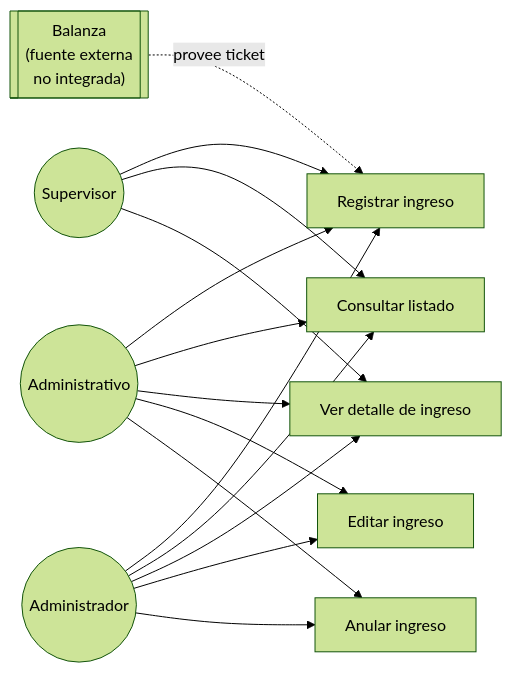
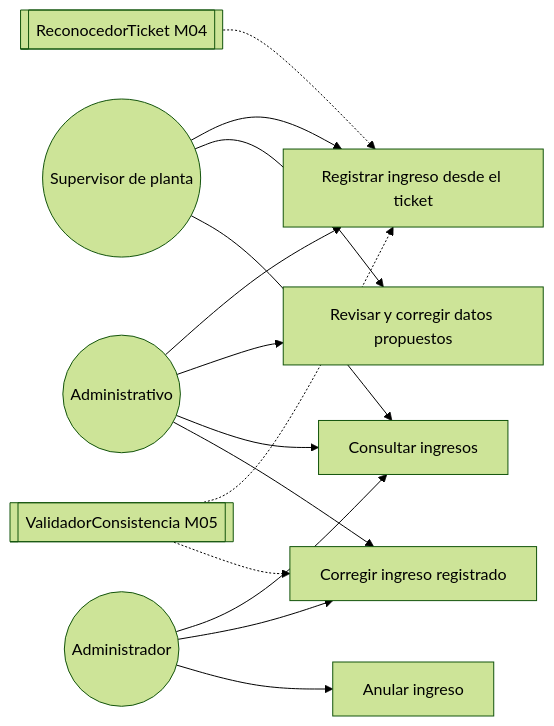
Before and after one commit to adlerOmonte1/LogisticaMinera: the diagram in docs/modulos/M03-ingresos/diagramas/caso_uso.md, drawn with Mermaid (forest theme). The commit also changed other lines of this file and 12 other files, not shown here.

First line of the commit message:
docs(ingresos): Reformulacion de Historias de Usuario, requisitos y diagramas

````diff
--- a/docs/modulos/M03-ingresos/diagramas/caso_uso.md
+++ b/docs/modulos/M03-ingresos/diagramas/caso_uso.md
@@ -3,31 +3,29 @@
 ```mermaid
 flowchart LR
-    SUP(("Supervisor"))
+    SUP(("Supervisor de planta"))
     ADV(("Administrativo"))
     ADM(("Administrador"))
-    BAL[["Balanza<br/>(fuente externa<br/>no integrada)"]]
+    REC[["ReconocedorTicket M04"]]
+    VAL[["ValidadorConsistencia M05"]]
 
-    UC1["Registrar ingreso"]
-    UC2["Consultar listado"]
-    UC3["Ver detalle de ingreso"]
-    UC4["Editar ingreso"]
+    UC1["Registrar ingreso desde el ticket"]
+    UC2["Revisar y corregir datos propuestos"]
+    UC3["Consultar ingresos"]
+    UC4["Corregir ingreso registrado"]
     UC5["Anular ingreso"]
 
     SUP --> UC1
     SUP --> UC2
     SUP --> UC3
-
     ADV --> UC1
     ADV --> UC2
     ADV --> UC3
     ADV --> UC4
-    ADV --> UC5
-
-    ADM --> UC1
-    ADM --> UC2
     ADM --> UC3
     ADM --> UC4
     ADM --> UC5
 
-    BAL -.provee ticket.-> UC1
+    REC -.-> UC1
+    VAL -.-> UC1
+    VAL -.-> UC4
 ```
````
